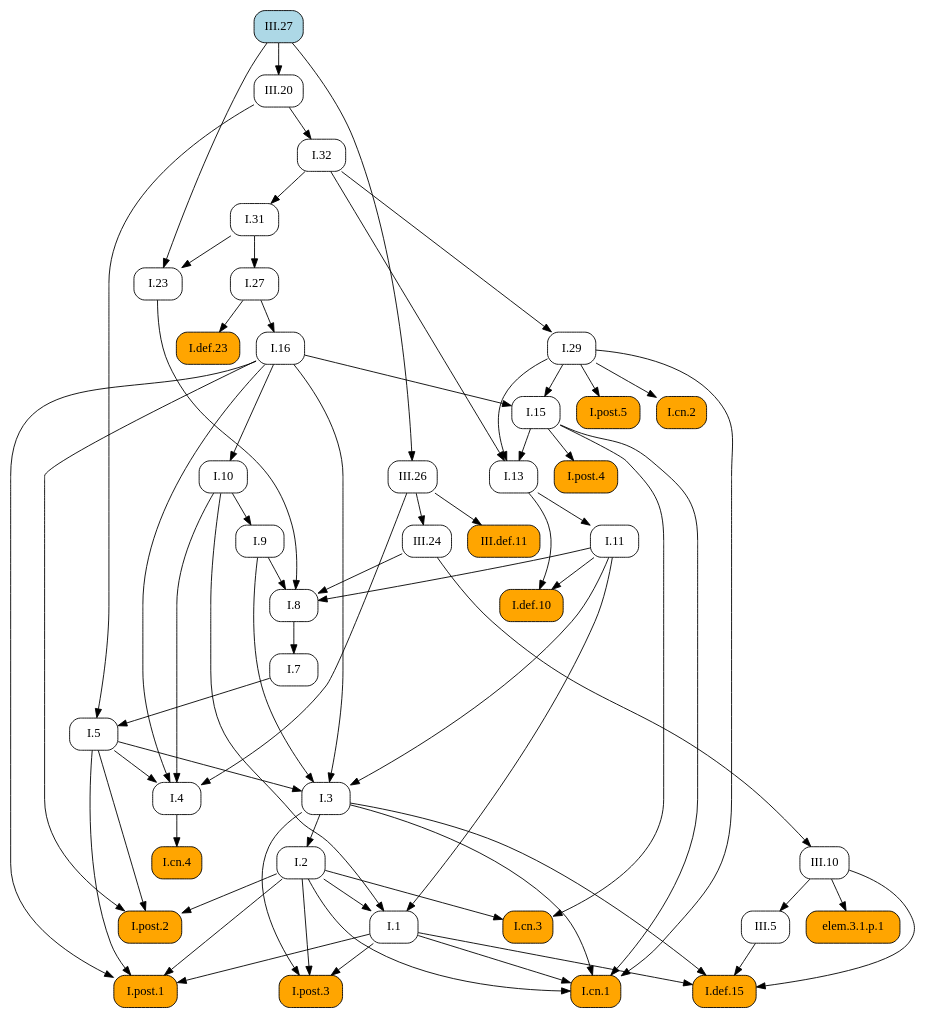
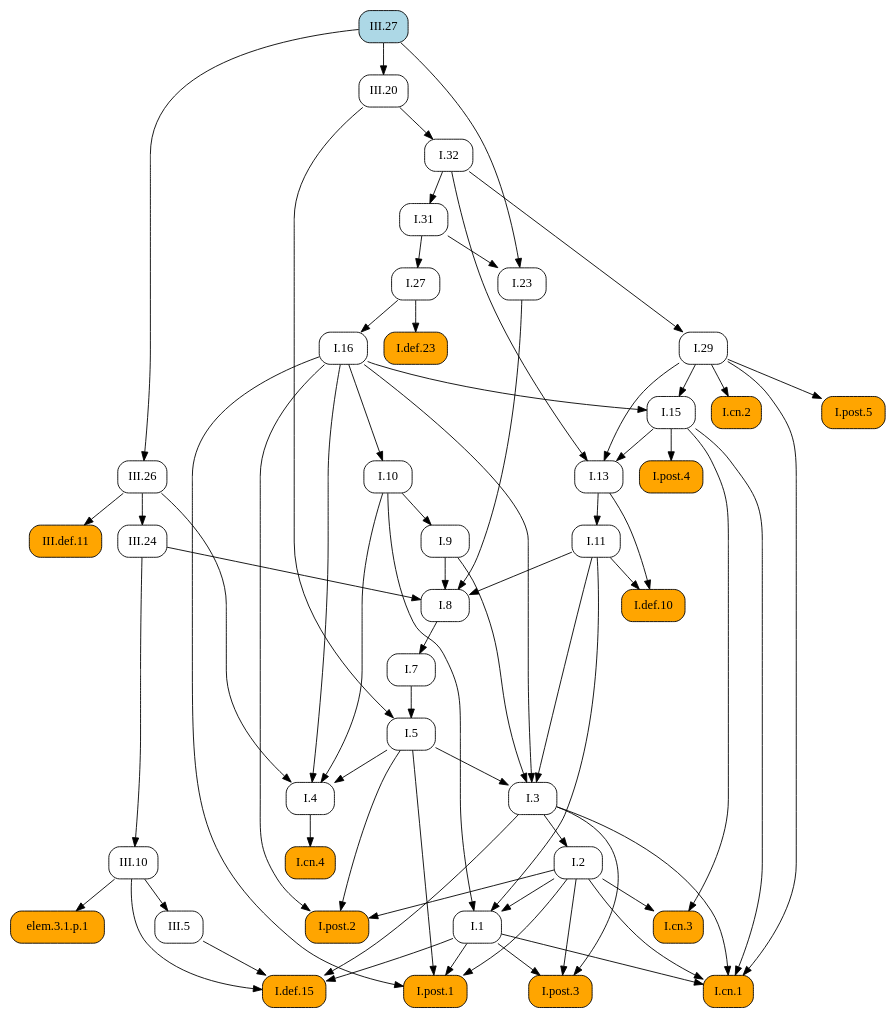
The diagram in docsrc/elements2/III/27/index.rst (geometor/elements), drawn with Graphviz before and after one commit. The commit also changed other lines of this file and 171 other files, not shown here.

```diff
--- a/docsrc/elements2/III/27/index.rst
+++ b/docsrc/elements2/III/27/index.rst
@@ -74,111 +74,111 @@
    digraph {
      rankdir="TB";
      node [shape=box, style=rounded];
+     "I.8" [URL="/elements2/I/8/", target="_top"];
+     "I.32" [URL="/elements2/I/32/", target="_top"];
+     "III.27" [style="rounded,filled", fillcolor=lightblue, URL="/elements2/III/27/", target="_top"];
+     "I.post.1" [style="rounded,filled", fillcolor=orange, URL="/elements2/I/post.1/", target="_top"];
+     "I.5" [URL="/elements2/I/5/", target="_top"];
+     "I.post.5" [style="rounded,filled", fillcolor=orange, URL="/elements2/I/post.5/", target="_top"];
+     "I.def.10" [style="rounded,filled", fillcolor=orange, URL="/elements2/I/def.10/", target="_top"];
+     "I.cn.2" [style="rounded,filled", fillcolor=orange, URL="/elements2/I/cn.2/", target="_top"];
+     "I.def.15" [style="rounded,filled", fillcolor=orange, URL="/elements2/I/def.15/", target="_top"];
+     "I.31" [URL="/elements2/I/31/", target="_top"];
+     "I.11" [URL="/elements2/I/11/", target="_top"];
+     "III.def.11" [style="rounded,filled", fillcolor=orange, URL="/elements2/III/def.11/", target="_top"];
      "III.24" [URL="/elements2/III/24/", target="_top"];
-     "III.def.11" [style="rounded,filled", fillcolor=orange, URL="/elements2/III/def.11/", target="_top"];
-     "I.def.10" [style="rounded,filled", fillcolor=orange, URL="/elements2/I/def.10/", target="_top"];
-     "I.32" [URL="/elements2/I/32/", target="_top"];
+     "I.3" [URL="/elements2/I/3/", target="_top"];
+     "I.post.2" [style="rounded,filled", fillcolor=orange, URL="/elements2/I/post.2/", target="_top"];
+     "III.10" [URL="/elements2/III/10/", target="_top"];
+     "I.def.23" [style="rounded,filled", fillcolor=orange, URL="/elements2/I/def.23/", target="_top"];
+     "I.1" [URL="/elements2/I/1/", target="_top"];
      "I.cn.4" [style="rounded,filled", fillcolor=orange, URL="/elements2/I/cn.4/", target="_top"];
-     "I.def.15" [style="rounded,filled", fillcolor=orange, URL="/elements2/I/def.15/", target="_top"];
+     "I.cn.3" [style="rounded,filled", fillcolor=orange, URL="/elements2/I/cn.3/", target="_top"];
+     "III.5" [URL="/elements2/III/5/", target="_top"];
+     "III.20" [URL="/elements2/III/20/", target="_top"];
+     "I.7" [URL="/elements2/I/7/", target="_top"];
+     "III.26" [URL="/elements2/III/26/", target="_top"];
+     "I.9" [URL="/elements2/I/9/", target="_top"];
+     "elem.3.1.p.1" [style="rounded,filled", fillcolor=orange];
+     "I.cn.1" [style="rounded,filled", fillcolor=orange, URL="/elements2/I/cn.1/", target="_top"];
+     "I.29" [URL="/elements2/I/29/", target="_top"];
+     "I.post.4" [style="rounded,filled", fillcolor=orange, URL="/elements2/I/post.4/", target="_top"];
+     "I.16" [URL="/elements2/I/16/", target="_top"];
+     "I.13" [URL="/elements2/I/13/", target="_top"];
+     "I.2" [URL="/elements2/I/2/", target="_top"];
+     "I.27" [URL="/elements2/I/27/", target="_top"];
+     "I.4" [URL="/elements2/I/4/", target="_top"];
+     "I.10" [URL="/elements2/I/10/", target="_top"];
+     "I.15" [URL="/elements2/I/15/", target="_top"];
+     "I.23" [URL="/elements2/I/23/", target="_top"];
      "I.post.3" [style="rounded,filled", fillcolor=orange, URL="/elements2/I/post.3/", target="_top"];
-     "I.27" [URL="/elements2/I/27/", target="_top"];
-     "I.post.2" [style="rounded,filled", fillcolor=orange, URL="/elements2/I/post.2/", target="_top"];
-     "I.13" [URL="/elements2/I/13/", target="_top"];
-     "elem.3.1.p.1" [style="rounded,filled", fillcolor=orange];
-     "I.10" [URL="/elements2/I/10/", target="_top"];
-     "I.post.1" [style="rounded,filled", fillcolor=orange, URL="/elements2/I/post.1/", target="_top"];
-     "I.7" [URL="/elements2/I/7/", target="_top"];
-     "III.27" [style="rounded,filled", fillcolor=lightblue, URL="/elements2/III/27/", target="_top"];
-     "I.11" [URL="/elements2/I/11/", target="_top"];
-     "I.4" [URL="/elements2/I/4/", target="_top"];
-     "I.16" [URL="/elements2/I/16/", target="_top"];
-     "I.def.23" [style="rounded,filled", fillcolor=orange, URL="/elements2/I/def.23/", target="_top"];
-     "I.9" [URL="/elements2/I/9/", target="_top"];
-     "I.8" [URL="/elements2/I/8/", target="_top"];
-     "I.cn.2" [style="rounded,filled", fillcolor=orange, URL="/elements2/I/cn.2/", target="_top"];
-     "I.23" [URL="/elements2/I/23/", target="_top"];
-     "I.15" [URL="/elements2/I/15/", target="_top"];
-     "I.post.5" [style="rounded,filled", fillcolor=orange, URL="/elements2/I/post.5/", target="_top"];
-     "I.2" [URL="/elements2/I/2/", target="_top"];
-     "III.20" [URL="/elements2/III/20/", target="_top"];
-     "III.10" [URL="/elements2/III/10/", target="_top"];
-     "I.1" [URL="/elements2/I/1/", target="_top"];
-     "I.31" [URL="/elements2/I/31/", target="_top"];
-     "III.5" [URL="/elements2/III/5/", target="_top"];
-     "I.post.4" [style="rounded,filled", fillcolor=orange, URL="/elements2/I/post.4/", target="_top"];
-     "III.26" [URL="/elements2/III/26/", target="_top"];
-     "I.cn.1" [style="rounded,filled", fillcolor=orange, URL="/elements2/I/cn.1/", target="_top"];
-     "I.3" [URL="/elements2/I/3/", target="_top"];
-     "I.cn.3" [style="rounded,filled", fillcolor=orange, URL="/elements2/I/cn.3/", target="_top"];
-     "I.29" [URL="/elements2/I/29/", target="_top"];
-     "I.5" [URL="/elements2/I/5/", target="_top"];
-     "III.26" -> "III.24";
-     "III.26" -> "III.def.11";
+     "I.9" -> "I.8";
+     "I.11" -> "I.8";
+     "I.23" -> "I.8";
+     "III.24" -> "I.8";
+     "III.20" -> "I.32";
+     "I.1" -> "I.post.1";
+     "I.2" -> "I.post.1";
+     "I.5" -> "I.post.1";
+     "I.16" -> "I.post.1";
+     "I.7" -> "I.5";
+     "III.20" -> "I.5";
+     "I.29" -> "I.post.5";
      "I.11" -> "I.def.10";
      "I.13" -> "I.def.10";
-     "III.20" -> "I.32";
-     "I.4" -> "I.cn.4";
+     "I.29" -> "I.cn.2";
      "I.1" -> "I.def.15";
      "I.3" -> "I.def.15";
      "III.5" -> "I.def.15";
      "III.10" -> "I.def.15";
-     "I.1" -> "I.post.3";
-     "I.2" -> "I.post.3";
-     "I.3" -> "I.post.3";
-     "I.31" -> "I.27";
+     "I.32" -> "I.31";
+     "I.13" -> "I.11";
+     "III.26" -> "III.def.11";
+     "III.26" -> "III.24";
+     "I.5" -> "I.3";
+     "I.9" -> "I.3";
+     "I.11" -> "I.3";
+     "I.16" -> "I.3";
      "I.2" -> "I.post.2";
      "I.5" -> "I.post.2";
      "I.16" -> "I.post.2";
-     "I.15" -> "I.13";
-     "I.29" -> "I.13";
-     "I.32" -> "I.13";
-     "III.10" -> "elem.3.1.p.1";
-     "I.16" -> "I.10";
-     "I.1" -> "I.post.1";
-     "I.2" -> "I.post.1";
-     "I.5" -> "I.post.1";
-     "I.16" -> "I.post.1";
-     "I.8" -> "I.7";
-     "I.13" -> "I.11";
-     "I.5" -> "I.4";
-     "I.10" -> "I.4";
-     "I.16" -> "I.4";
-     "III.26" -> "I.4";
-     "I.27" -> "I.16";
+     "III.24" -> "III.10";
      "I.27" -> "I.def.23";
-     "I.10" -> "I.9";
-     "I.9" -> "I.8";
-     "I.11" -> "I.8";
-     "I.23" -> "I.8";
-     "III.24" -> "I.8";
-     "I.29" -> "I.cn.2";
-     "I.31" -> "I.23";
-     "III.27" -> "I.23";
-     "I.16" -> "I.15";
-     "I.29" -> "I.15";
-     "I.29" -> "I.post.5";
-     "I.3" -> "I.2";
-     "III.27" -> "III.20";
-     "III.24" -> "III.10";
      "I.2" -> "I.1";
      "I.10" -> "I.1";
      "I.11" -> "I.1";
-     "I.32" -> "I.31";
+     "I.4" -> "I.cn.4";
+     "I.2" -> "I.cn.3";
+     "I.15" -> "I.cn.3";
      "III.10" -> "III.5";
-     "I.15" -> "I.post.4";
+     "III.27" -> "III.20";
+     "I.8" -> "I.7";
      "III.27" -> "III.26";
+     "I.10" -> "I.9";
+     "III.10" -> "elem.3.1.p.1";
      "I.1" -> "I.cn.1";
      "I.2" -> "I.cn.1";
      "I.3" -> "I.cn.1";
      "I.15" -> "I.cn.1";
      "I.29" -> "I.cn.1";
-     "I.5" -> "I.3";
-     "I.9" -> "I.3";
-     "I.11" -> "I.3";
-     "I.16" -> "I.3";
-     "I.2" -> "I.cn.3";
-     "I.15" -> "I.cn.3";
      "I.32" -> "I.29";
-     "I.7" -> "I.5";
-     "III.20" -> "I.5";
+     "I.15" -> "I.post.4";
+     "I.27" -> "I.16";
+     "I.15" -> "I.13";
+     "I.29" -> "I.13";
+     "I.32" -> "I.13";
+     "I.3" -> "I.2";
+     "I.31" -> "I.27";
+     "I.5" -> "I.4";
+     "I.10" -> "I.4";
+     "I.16" -> "I.4";
+     "III.26" -> "I.4";
+     "I.16" -> "I.10";
+     "I.16" -> "I.15";
+     "I.29" -> "I.15";
+     "I.31" -> "I.23";
+     "III.27" -> "I.23";
+     "I.1" -> "I.post.3";
+     "I.2" -> "I.post.3";
+     "I.3" -> "I.post.3";
    }
```
